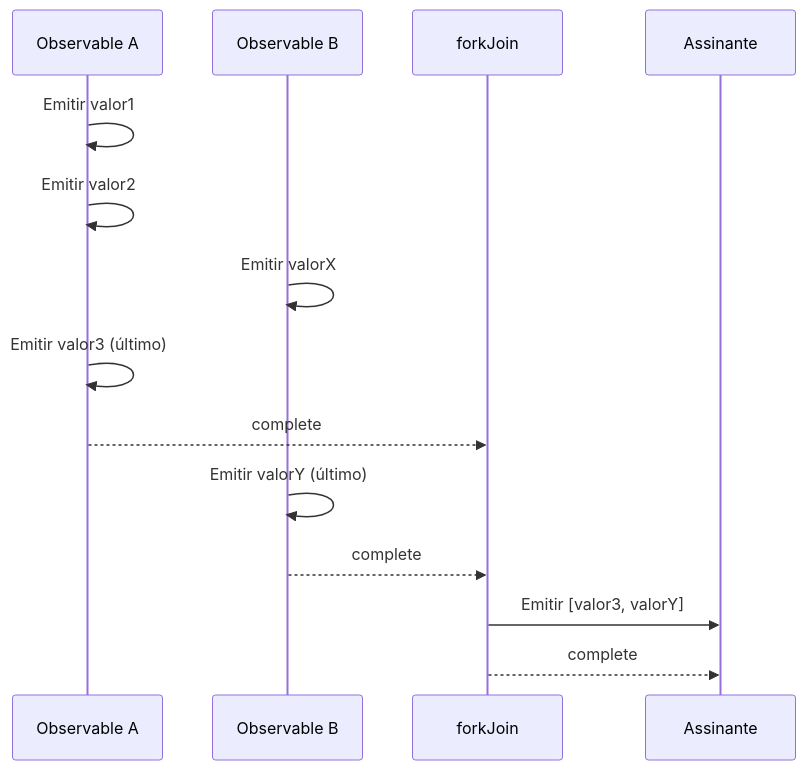
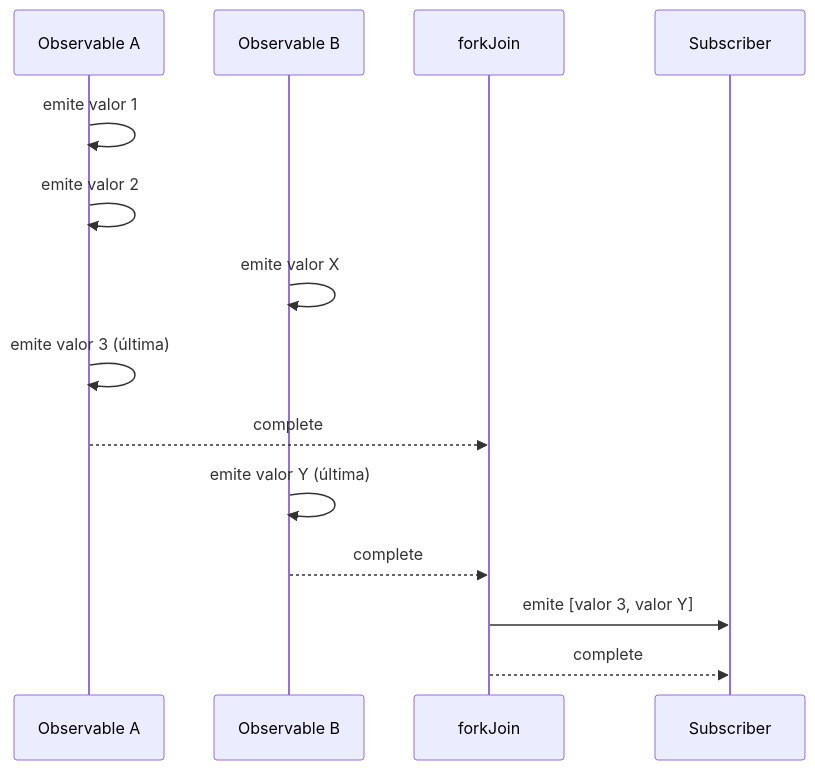
Before and after one commit to shuji-bonji/RxJS-with-TypeScript: the first of 4 diagrams in docs/pt/guide/creation-functions/combination/forkJoin-vs-combineLatest.md, drawn with Mermaid. The commit also changed other lines of this file and 6 other files, not shown here.

````diff
--- a/docs/pt/guide/creation-functions/combination/forkJoin-vs-combineLatest.md
+++ b/docs/pt/guide/creation-functions/combination/forkJoin-vs-combineLatest.md
@@ -34,17 +35,17 @@
 ```mermaid
 sequenceDiagram
     participant A as Observable A
     participant B as Observable B
     participant F as forkJoin
-    participant S as Assinante
+    participant S as Subscriber
 
-    A->>A: Emitir valor1
-    A->>A: Emitir valor2
-    B->>B: Emitir valorX
-    A->>A: Emitir valor3 (último)
+    A->>A: emite valor 1
+    A->>A: emite valor 2
+    B->>B: emite valor X
+    A->>A: emite valor 3 (última)
     A-->>F: complete
-    B->>B: Emitir valorY (último)
+    B->>B: emite valor Y (última)
     B-->>F: complete
-    F->>S: Emitir [valor3, valorY]
+    F->>S: emite [valor 3, valor Y]
     F-->>S: complete
 ```
````
